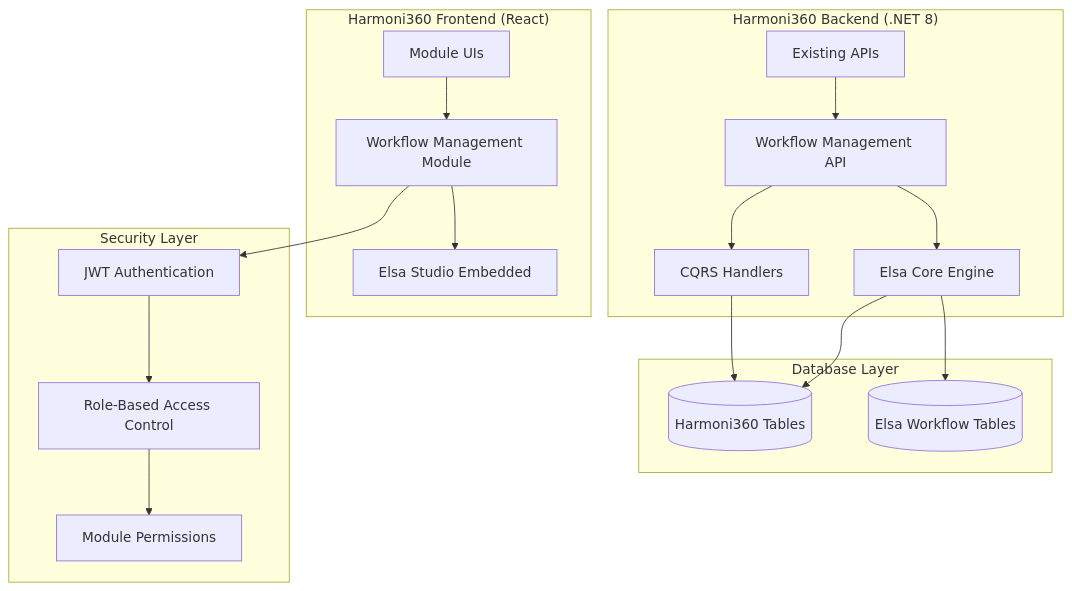
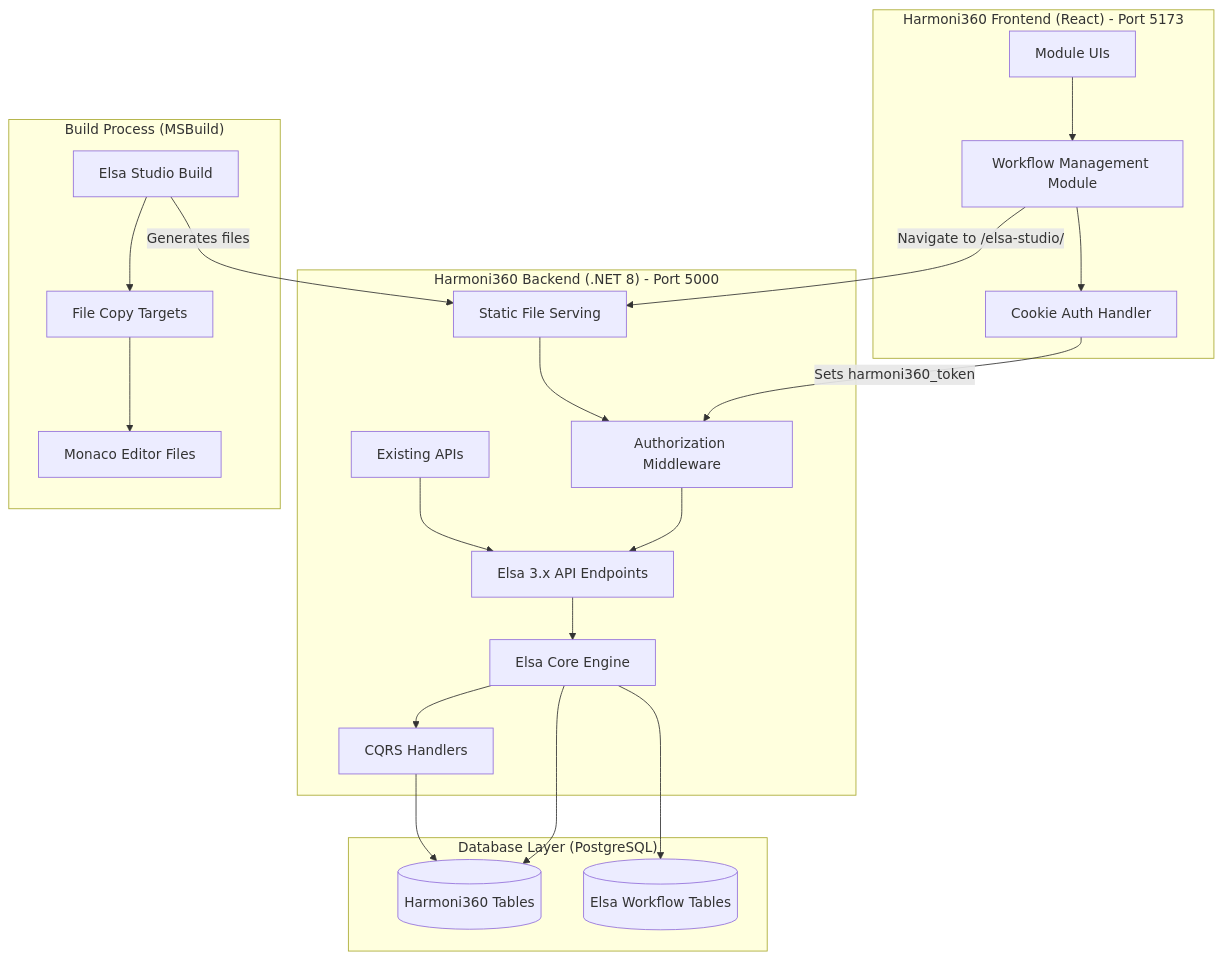
Before and after one commit to risky-biz/harmoni-hse-360: the first of 4 diagrams in docs/Workflow_Management/Workflow_Management_Module_Implementation_Plan.md, drawn with Mermaid. The commit also changed other lines of this file and 78 other files, not shown here.

````diff
--- a/docs/Workflow_Management/Workflow_Management_Module_Implementation_Plan.md
+++ b/docs/Workflow_Management/Workflow_Management_Module_Implementation_Plan.md
@@ -43,41 +69,48 @@
 ```mermaid
 graph TB
-    subgraph "Harmoni360 Frontend (React)"
+    subgraph "Harmoni360 Frontend (React) - Port 5173"
         UI[Module UIs]
         WMM[Workflow Management Module]
-        ES[Elsa Studio Embedded]
+        COOKIE[Cookie Auth Handler]
         
         UI --> WMM
-        WMM --> ES
+        WMM --> COOKIE
     end
     
-    subgraph "Harmoni360 Backend (.NET 8)"
+    subgraph "Harmoni360 Backend (.NET 8) - Port 5000"
         API[Existing APIs]
-        WMA[Workflow Management API]
+        STATIC[Static File Serving]
+        ELSA_API[Elsa 3.x API Endpoints]
+        AUTH_MW[Authorization Middleware]
         EC[Elsa Core Engine]
         CQRS[CQRS Handlers]
         
-        API --> WMA
-        WMA --> EC
-        WMA --> CQRS
+        API --> ELSA_API
+        STATIC --> AUTH_MW
+        AUTH_MW --> ELSA_API
+        ELSA_API --> EC
+        EC --> CQRS
     end
     
-    subgraph "Database Layer"
+    subgraph "Build Process (MSBuild)"
+        BUILD[Elsa Studio Build]
+        COPY[File Copy Targets]
+        MONACO[Monaco Editor Files]
+        
+        BUILD --> COPY
+        COPY --> MONACO
+    end
+    
+    subgraph "Database Layer (PostgreSQL)"
         HDB[(Harmoni360 Tables)]
         EDB[(Elsa Workflow Tables)]
         
         CQRS --> HDB
         EC --> EDB
         EC --> HDB
     end
     
-    subgraph "Security Layer"
-        AUTH[JWT Authentication]
-        RBAC[Role-Based Access Control]
-        MP[Module Permissions]
-        
-        WMM --> AUTH
-        AUTH --> RBAC
-        RBAC --> MP
-    end
+    WMM -->|Navigate to /elsa-studio/| STATIC
+    COOKIE -->|Sets harmoni360_token| AUTH_MW
+    BUILD -->|Generates files| STATIC
 ```
````
